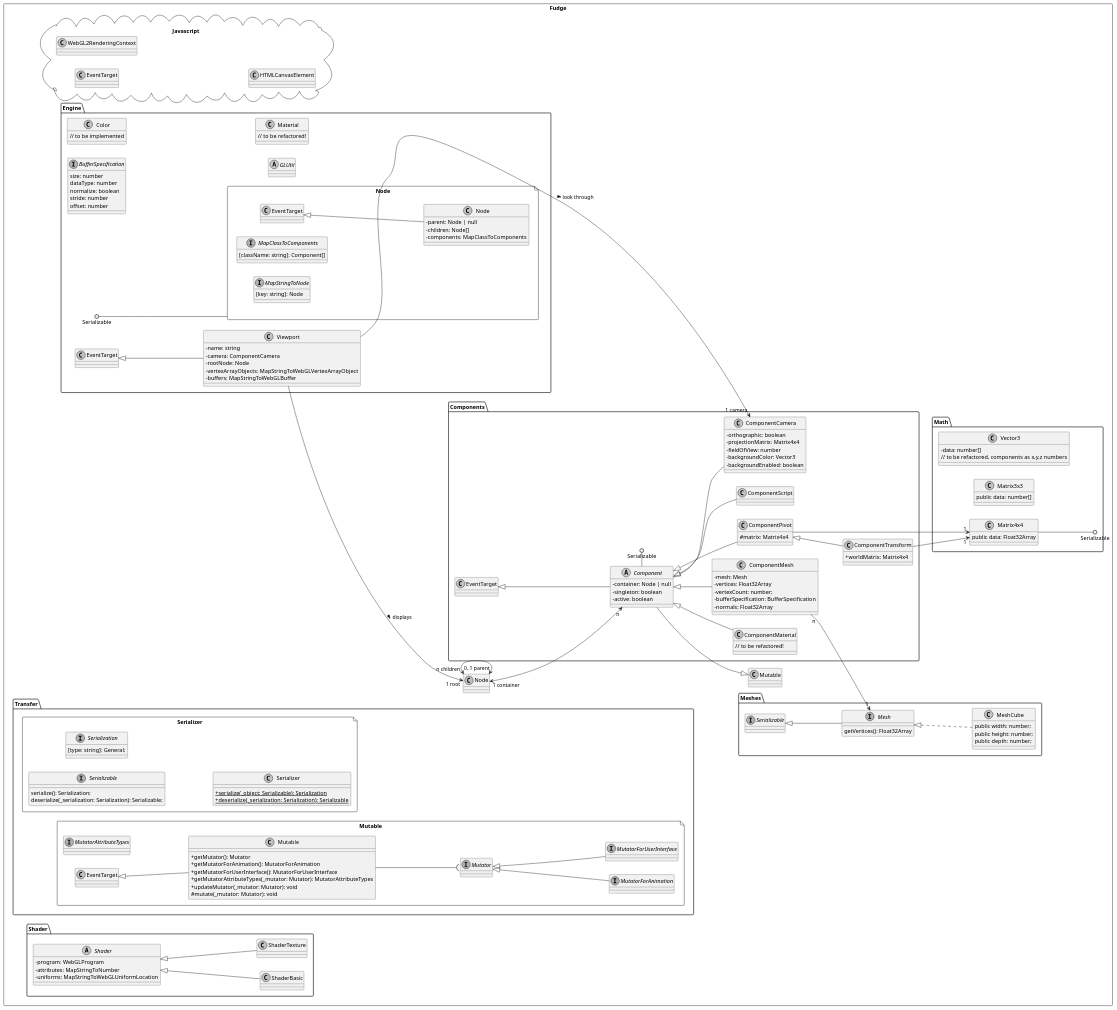
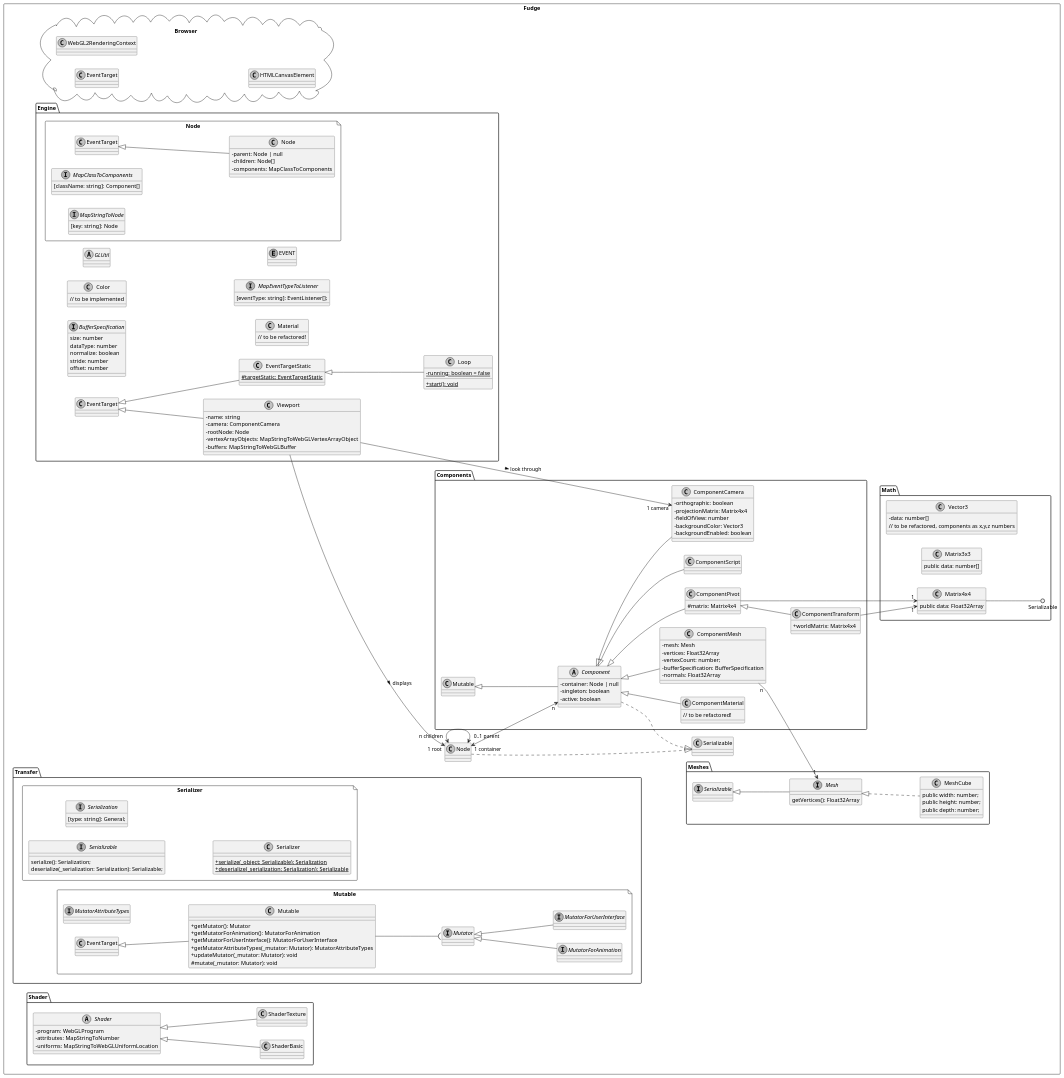
One commit to JirkaDellOro/FUDGE changed the diagram in Design/Core.puml. Above: the diagram before and after it, drawn with PlantUML.

Commit message:
updated core diagram

```diff
--- a/Design/Core.puml
+++ b/Design/Core.puml
@@ -1,178 +1,199 @@
 @startuml FUDGE-Core
 skinparam monochrome true
 skinparam componentStyle uml2
 skinparam classAttributeIconSize 0
 skinparam shadowing false
 skinparam handwritten false
 
 'page 2x2
 left to right direction
 
 package Fudge <<Rectangle>>{
   ' gl2: WebGL2RenderingContext
-  package "Javascript" <<Cloud>> {
+  package "Browser" <<Cloud>> {
     class EventTarget
     class WebGL2RenderingContext
     class HTMLCanvasElement
   }
-
 
   package "Engine" <<Folder>> {
     file "Node" {
       class Node extends EventTarget {
         - parent: Node | null
         - children: Node[]
         - components: MapClassToComponents
       }
       interface MapClassToComponents{
         [className: string]: Component[]
       }
       interface MapStringToNode {
         [key: string]: Node
       }
     }
-    Serializable ()-- Node
+
     interface BufferSpecification {
       size: number
       dataType: number
       normalize: boolean
       stride: number
       offset: number
     }
 
     class Color {
       // to be implemented
     }
     abstract class GLUtil {
     }
     class Material {
       // to be refactored!
     }
     class Viewport extends EventTarget {
       - name: string
       - camera: ComponentCamera
       - rootNode: Node
       - vertexArrayObjects: MapStringToWebGLVertexArrayObject
       - buffers: MapStringToWebGLBuffer
     }
+
+    interface MapEventTypeToListener {
+      [eventType: string]: EventListener[];
+    }
+
+    enum EVENT
+
+    class EventTargetStatic extends EventTarget {
+      #{static} targetStatic: EventTargetStatic
+    }
+
+    class Loop extends EventTargetStatic {
+      - {static} running: boolean = false
+      + {static} start(): void
+    }
   }
+
   package "Transfer" <<Folder>> {
     file "Serializer" {
       interface Serializable {
         serialize(): Serialization;
         deserialize(_serialization: Serialization): Serializable;
       }
       interface Serialization {
         [type: string]: General;
       }
       class Serializer {
         {static} + serialize(_object: Serializable): Serialization
         {static} + deserialize(_serialization: Serialization): Serializable
       }
     }
     file "Mutable" {
       interface MutatorAttributeTypes
       interface Mutator
 
       interface MutatorForAnimation extends Mutator
       interface MutatorForUserInterface extends Mutator
       class Mutable extends EventTarget {
         + getMutator(): Mutator
         + getMutatorForAnimation(): MutatorForAnimation
         + getMutatorForUserInterface(): MutatorForUserInterface
         + getMutatorAttributeTypes(_mutator: Mutator): MutatorAttributeTypes
         + updateMutator(_mutator: Mutator): void
         # mutate(_mutator: Mutator): void
       }
       Mutable --( Mutator
     }
   }
+
   package "Components" <<Folder>> {
-    abstract class Component extends EventTarget {
+    abstract class Component extends Mutable {
       - container: Node | null
       - singleton: boolean
       - active: boolean
     }
-    Component -() Serializable
+
     class ComponentCamera extends Component {
       - orthographic: boolean
       - projectionMatrix: Matrix4x4
       - fieldOfView: number
       - backgroundColor: Vector3
       - backgroundEnabled: boolean
     }
     class ComponentMaterial extends Component {
       // to be refactored!
     }
     class ComponentMesh extends Component {
       - mesh: Mesh
       - vertices: Float32Array
       - vertexCount: number;
       - bufferSpecification: BufferSpecification
       - normals: Float32Array
     }
     class ComponentPivot extends Component {
       # matrix: Matrix4x4
     }
     class ComponentTransform extends ComponentPivot {
       + worldMatrix: Matrix4x4
     }
     class ComponentScript extends Component {
-
     }
   }
+
   package "Meshes" <<Folder>> {
     interface Mesh extends Serializable {
       getVertices(): Float32Array
     }
     class MeshCube implements Mesh {
       public width: number;
       public height: number;
       public depth: number;
     }
   }
+
   package "Math" <<Folder>> {
     class Vector3 {
       - data: number[]
       // to be refactored, components as x,y,z numbers
     }
     class Matrix3x3 {
       public data: number[]
     }
     class Matrix4x4 {
       public data: Float32Array
     }
     Matrix4x4 --() Serializable
   }
 
   package "Shader" << Folder>> {
     abstract class Shader {
       - program: WebGLProgram
       - attributes: MapStringToNumber
       - uniforms: MapStringToWebGLUniformLocation
     }
     class ShaderBasic extends Shader {
     }
     class ShaderTexture extends Shader {
     }
   }
 
+  ' Associations
+  Node  ..|> Serializable
   Node "0..1 parent"<-left->"n children" Node
   Node "1 container"<-->"n" Component
-  Component --|> Mutable
+  Component ..|> Serializable
   ComponentMesh "n"-->"1" Mesh
   ComponentPivot -->"1" Matrix4x4
   ComponentTransform -->"1" Matrix4x4
   Viewport -->"1 root" Node : displays >
   Viewport -->"1 camera" ComponentCamera : look through >
   '    Shader "n"-->"1" Material : uses >
   '    ComponentMaterial "n" --> "1" Shader : refers >
 
   'improve layout
+  Node -[hidden]- Serializable
+  Component -[hidden]- Serializable
   'Serializer --[hidden]-- Mutable
   'Mutable --[hidden]-- Component
   'Viewport -[hidden]- ComponentCamera
   'Engine -[hidden]- Components
   'Meshes --[hidden]up-- Shader
 }
 @enduml
```
